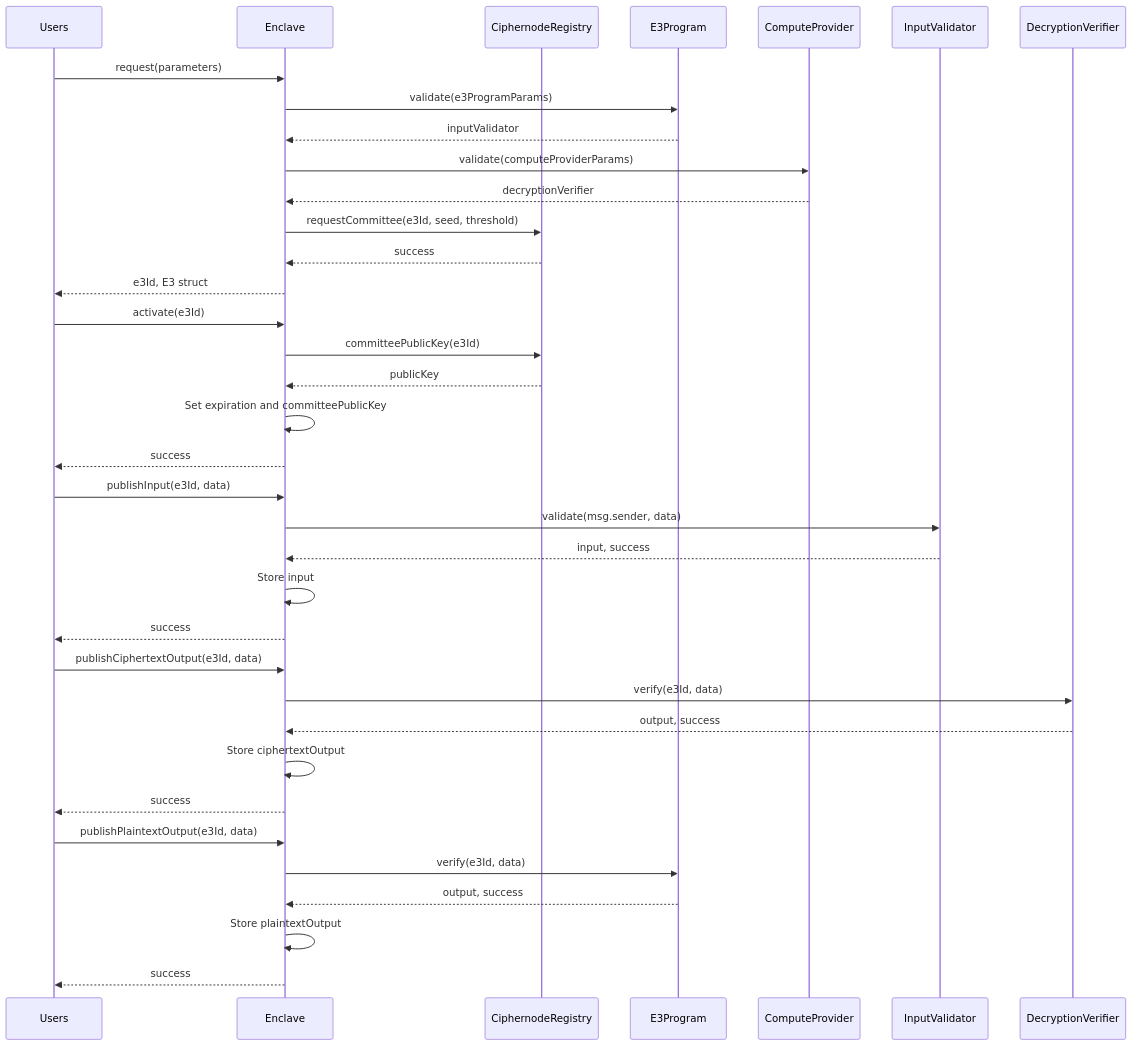
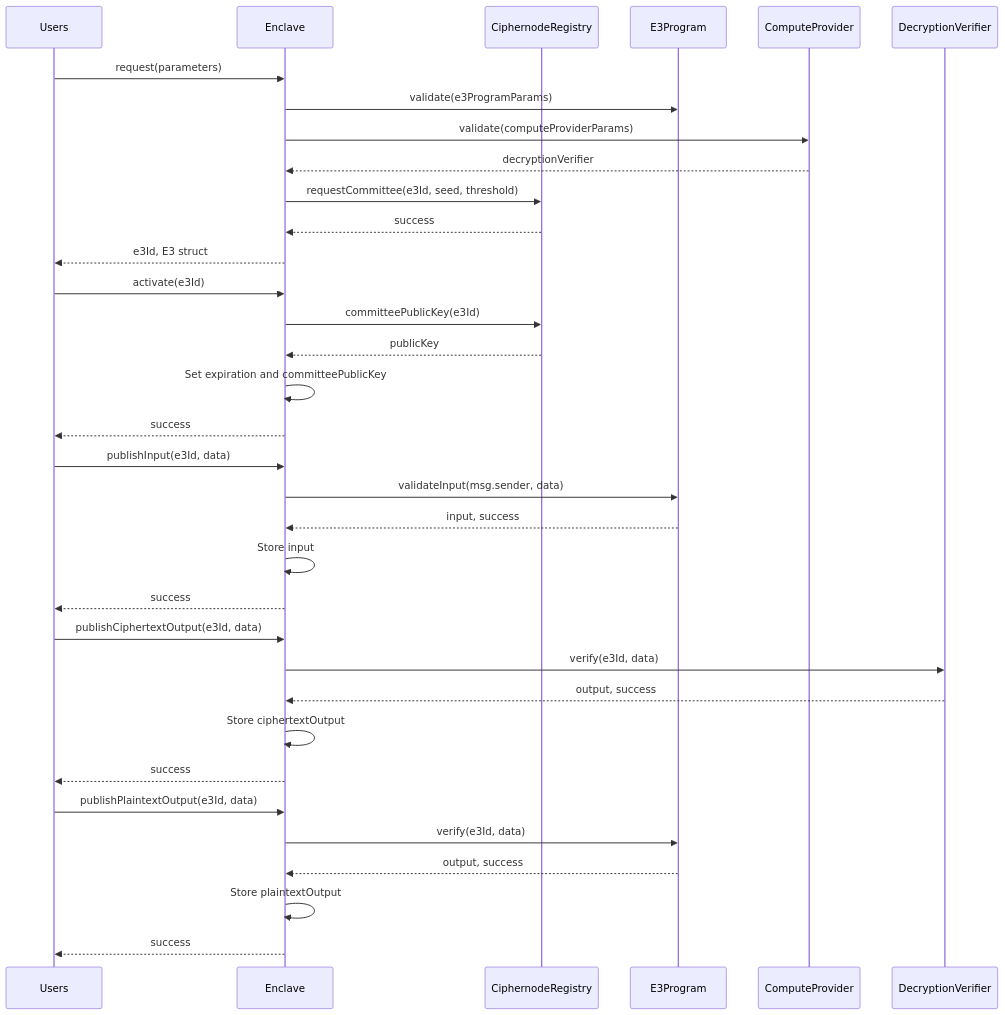
The diagram in README.md (gnosisguild/enclave), drawn with Mermaid before and after one commit. The commit also changed 18 other files, not shown here.

````diff
--- a/README.md
+++ b/README.md
@@ -144,43 +144,41 @@
 ```mermaid
 sequenceDiagram
     participant Users
     participant Enclave
     participant CiphernodeRegistry
     participant E3Program
     participant ComputeProvider
-    participant InputValidator
     participant DecryptionVerifier
 
     Users->>Enclave: request(parameters)
     Enclave->>E3Program: validate(e3ProgramParams)
-    E3Program-->>Enclave: inputValidator
     Enclave->>ComputeProvider: validate(computeProviderParams)
     ComputeProvider-->>Enclave: decryptionVerifier
     Enclave->>CiphernodeRegistry: requestCommittee(e3Id, seed, threshold)
     CiphernodeRegistry-->>Enclave: success
     Enclave-->>Users: e3Id, E3 struct
 
     Users->>Enclave: activate(e3Id)
     Enclave->>CiphernodeRegistry: committeePublicKey(e3Id)
     CiphernodeRegistry-->>Enclave: publicKey
     Enclave->>Enclave: Set expiration and committeePublicKey
     Enclave-->>Users: success
 
     Users->>Enclave: publishInput(e3Id, data)
-    Enclave->>InputValidator: validate(msg.sender, data)
-    InputValidator-->>Enclave: input, success
+    Enclave->>E3Program: validateInput(msg.sender, data)
+    E3Program-->>Enclave: input, success
     Enclave->>Enclave: Store input
     Enclave-->>Users: success
 
     Users->>Enclave: publishCiphertextOutput(e3Id, data)
     Enclave->>DecryptionVerifier: verify(e3Id, data)
     DecryptionVerifier-->>Enclave: output, success
     Enclave->>Enclave: Store ciphertextOutput
     Enclave-->>Users: success
 
     Users->>Enclave: publishPlaintextOutput(e3Id, data)
     Enclave->>E3Program: verify(e3Id, data)
     E3Program-->>Enclave: output, success
     Enclave->>Enclave: Store plaintextOutput
     Enclave-->>Users: success
 ```
````
